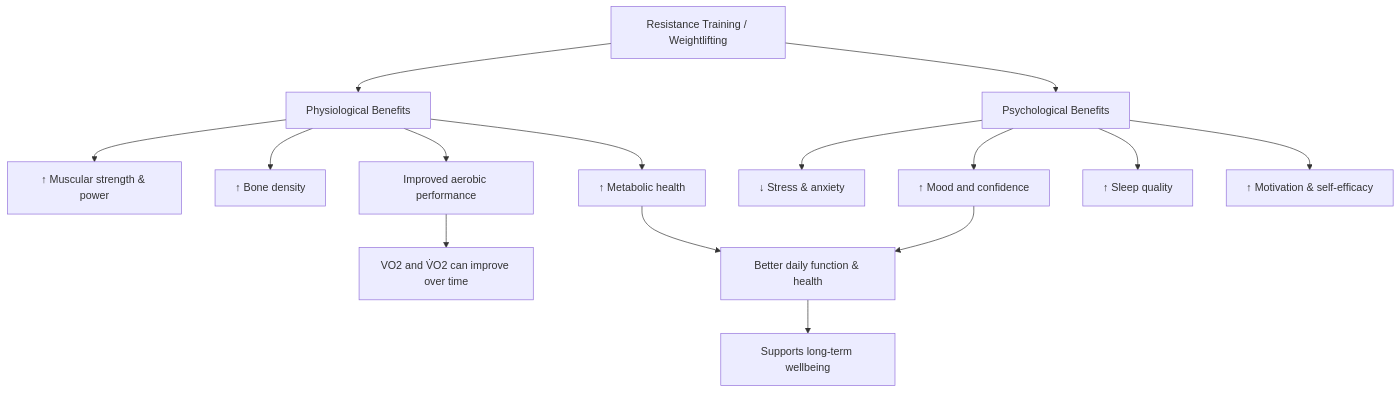
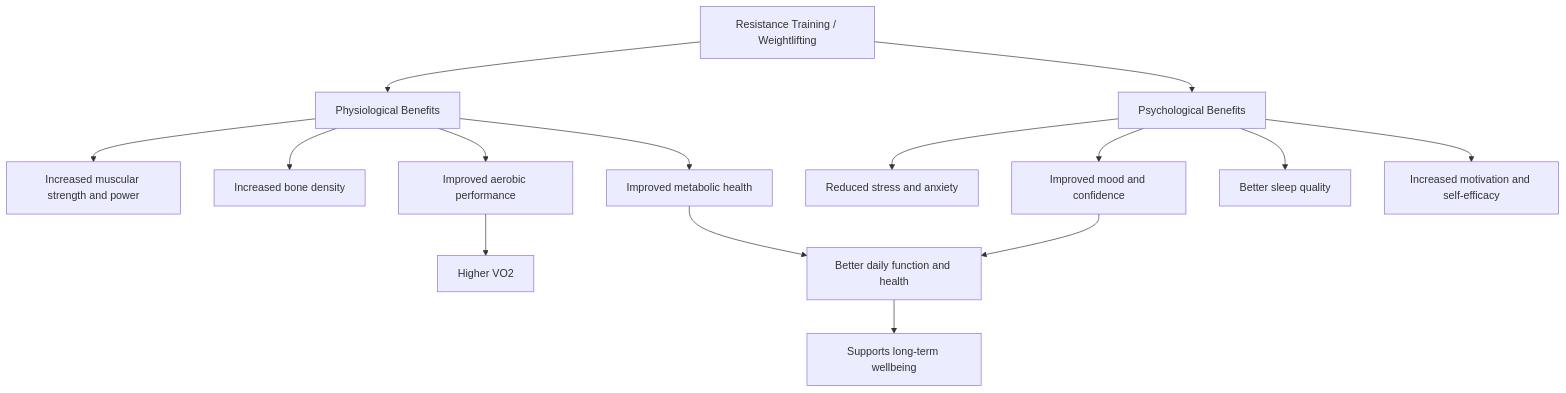
One commit to G-Sodano/KNES381 changed the diagram in HTPLassignment.md. Above: the diagram before and after it, drawn with Mermaid. The commit also changed other lines of this file, not shown here.

Commit message:
making it readable

````diff
--- a/HTPLassignment.md
+++ b/HTPLassignment.md
@@ -27,20 +27,23 @@
 ```mermaid
 flowchart TD
     A[Resistance Training / Weightlifting] --> B[Physiological Benefits]
     A --> C[Psychological Benefits]
 
-    B --> B1[↑ Muscular strength & power]
-    B --> B2[↑ Bone density]
-    B --> B3[↑ Metabolic health]
+    %% Physiological pathway
+    B --> B1[Increased muscular strength and power]
+    B --> B2[Increased bone density]
+    B --> B3[Improved metabolic health]
     B --> B4[Improved aerobic performance]
-    B4 --> B5[VO2 and V̇O2 can improve over time]
+    B4 --> B5[Higher VO2]
 
-    C --> C1[↓ Stress & anxiety]
-    C --> C2[↑ Mood and confidence]
-    C --> C3[↑ Sleep quality]
-    C --> C4[↑ Motivation & self-efficacy]
+    %% Psychological pathway
+    C --> C1[Reduced stress and anxiety]
+    C --> C2[Improved mood and confidence]
+    C --> C3[Better sleep quality]
+    C --> C4[Increased motivation and self-efficacy]
 
-    B3 --> D[Better daily function & health]
+    %% Combined outcome
+    B3 --> D[Better daily function and health]
     C2 --> D
     D --> E[Supports long-term wellbeing]
 ```
````
